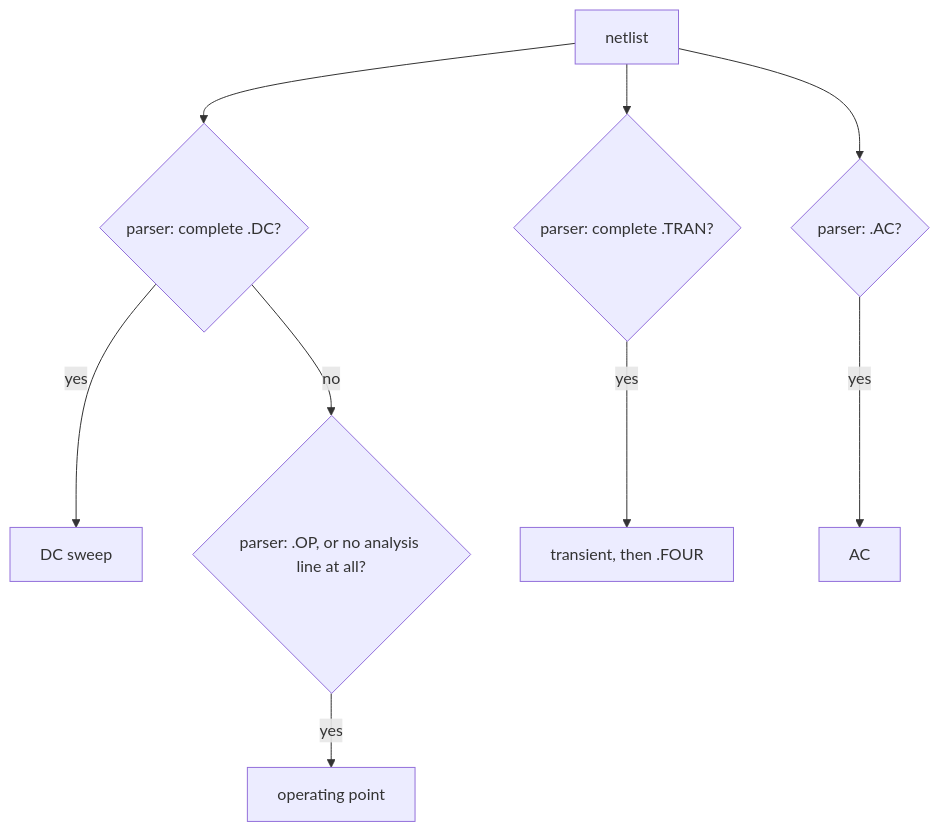
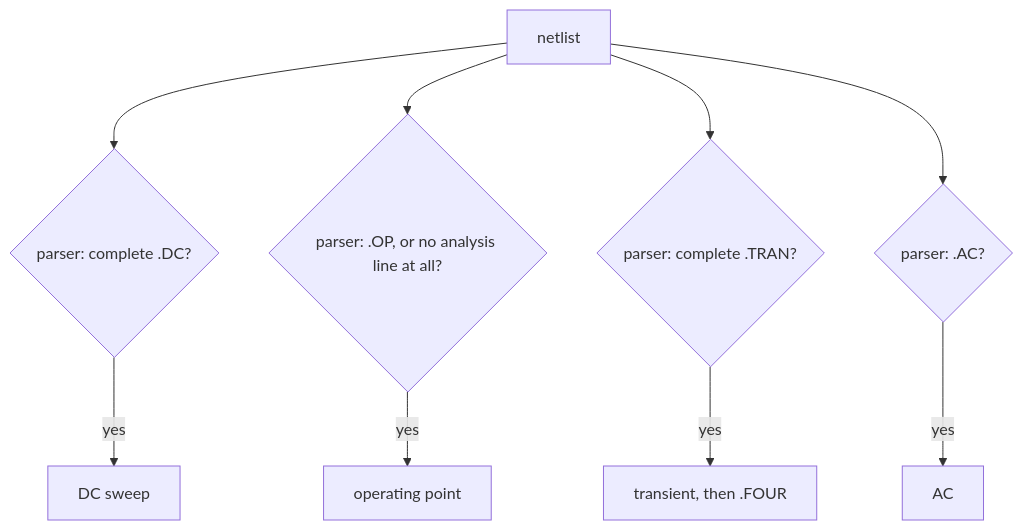
The second of 2 diagrams in docs/REFERENCE_MANUAL.md (kurochan001/kirimaspice), drawn with Mermaid before and after one commit. The commit also changed other lines of this file and 13 other files, not shown here.

````diff
--- a/docs/REFERENCE_MANUAL.md
+++ b/docs/REFERENCE_MANUAL.md
@@ -513,11 +513,11 @@
 ```mermaid
 flowchart TD
   N[netlist] --> P{"parser: complete .DC?"}
   P -- yes --> SW["DC sweep"]
-  P -- no --> S{"parser: .OP, or no analysis line at all?"}
+  N --> S{"parser: .OP, or no analysis line at all?"}
   S -- yes --> OP["operating point"]
   N --> TS{"parser: complete .TRAN?"}
   TS -- yes --> TR["transient, then .FOUR"]
   N --> A{"parser: .AC?"}
   A -- yes --> AC["AC"]
 ```
````
